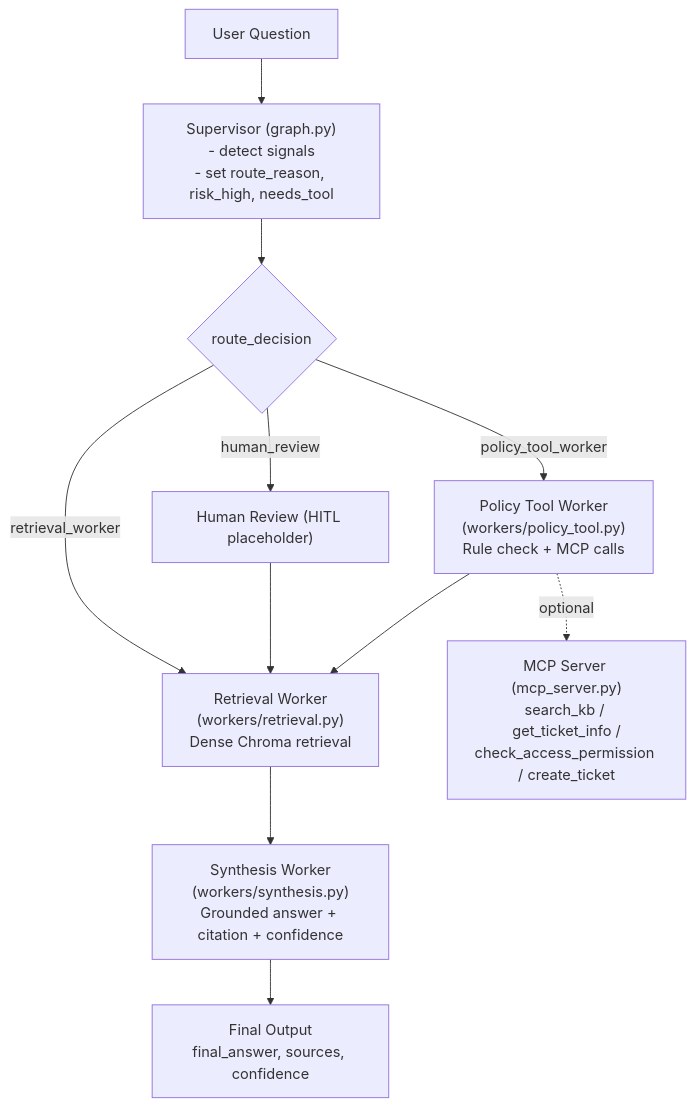
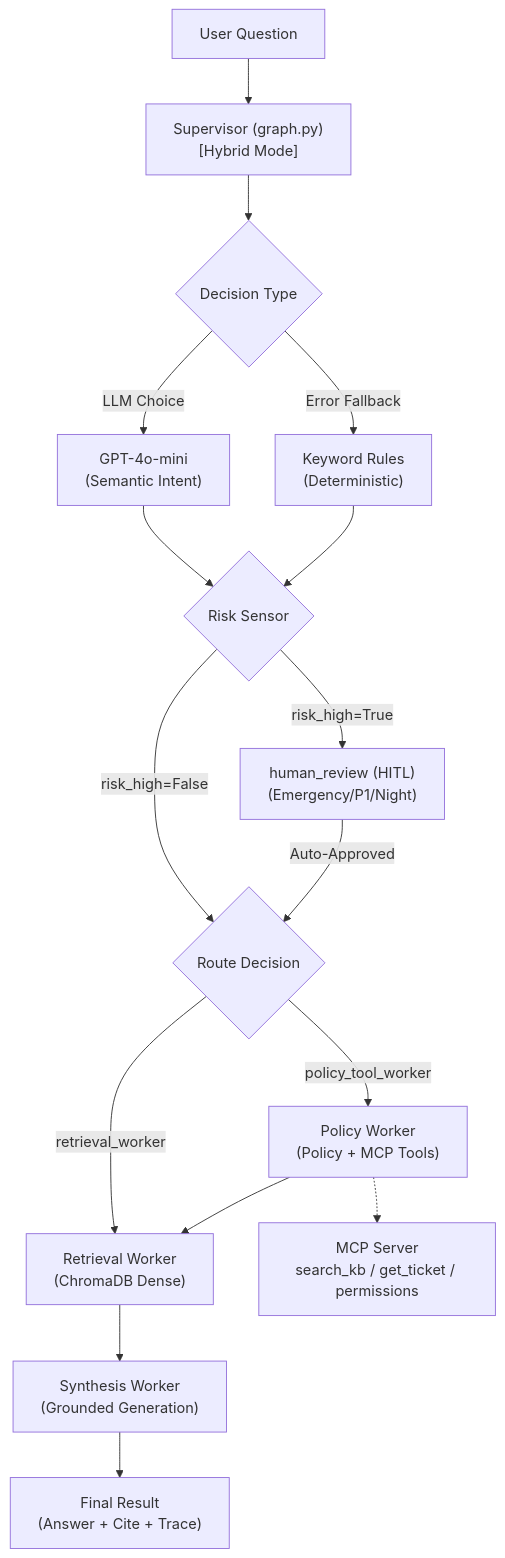
Before and after one commit to edward1503/Day8-Lab8-9-10: the diagram in day09/lab/docs/system_architecture.md, drawn with Mermaid. The commit also changed other lines of this file and 2 other files, not shown here.

````diff
--- a/day09/lab/docs/system_architecture.md
+++ b/day09/lab/docs/system_architecture.md
@@ -54,13 +49,24 @@
 ```mermaid
 flowchart TD
-    U["User Question"] --> S["Supervisor (graph.py)\n- detect signals\n- set route_reason, risk_high, needs_tool"]
-    S --> R{route_decision}
-    R -->|retrieval_worker| RW["Retrieval Worker\n(workers/retrieval.py)\nDense Chroma retrieval"]
-    R -->|policy_tool_worker| PW["Policy Tool Worker\n(workers/policy_tool.py)\nRule check + MCP calls"]
-    R -->|human_review| H["Human Review (HITL placeholder)"]
-    H --> RW
+    U["User Question"] --> S["Supervisor (graph.py)\n[Hybrid Mode]"]
+    S --> L{Decision Type}
+    L -->|LLM Choice| DR["GPT-4o-mini\n(Semantic Intent)"]
+    L -->|Error Fallback| RB["Keyword Rules\n(Deterministic)"]
+    
+    DR --> RS{Risk Sensor}
+    RB --> RS
+    
+    RS -->|risk_high=True| H["human_review (HITL)\n(Emergency/P1/Night)"]
+    RS -->|risk_high=False| R{Route Decision}
+    
+    H -->|Auto-Approved| R
+    
+    R -->|retrieval_worker| RW["Retrieval Worker\n(ChromaDB Dense)"]
+    R -->|policy_tool_worker| PW["Policy Worker\n(Policy + MCP Tools)"]
+    
     PW --> RW
-    RW --> SW["Synthesis Worker\n(workers/synthesis.py)\nGrounded answer + citation + confidence"]
-    SW --> O["Final Output\nfinal_answer, sources, confidence"]
-    PW -. optional .-> MCP["MCP Server (mcp_server.py)\nsearch_kb / get_ticket_info /\ncheck_access_permission / create_ticket"]
+    RW --> SW["Synthesis Worker\n(Grounded Generation)"]
+    SW --> O["Final Result\n(Answer + Cite + Trace)"]
+    
+    PW -.-> MCP["MCP Server\nsearch_kb / get_ticket / permissions"]
 ```
````
